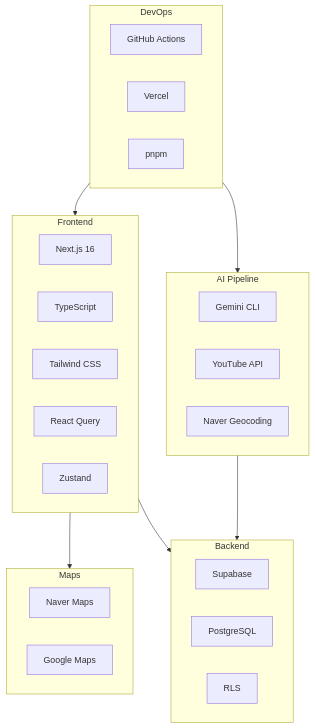
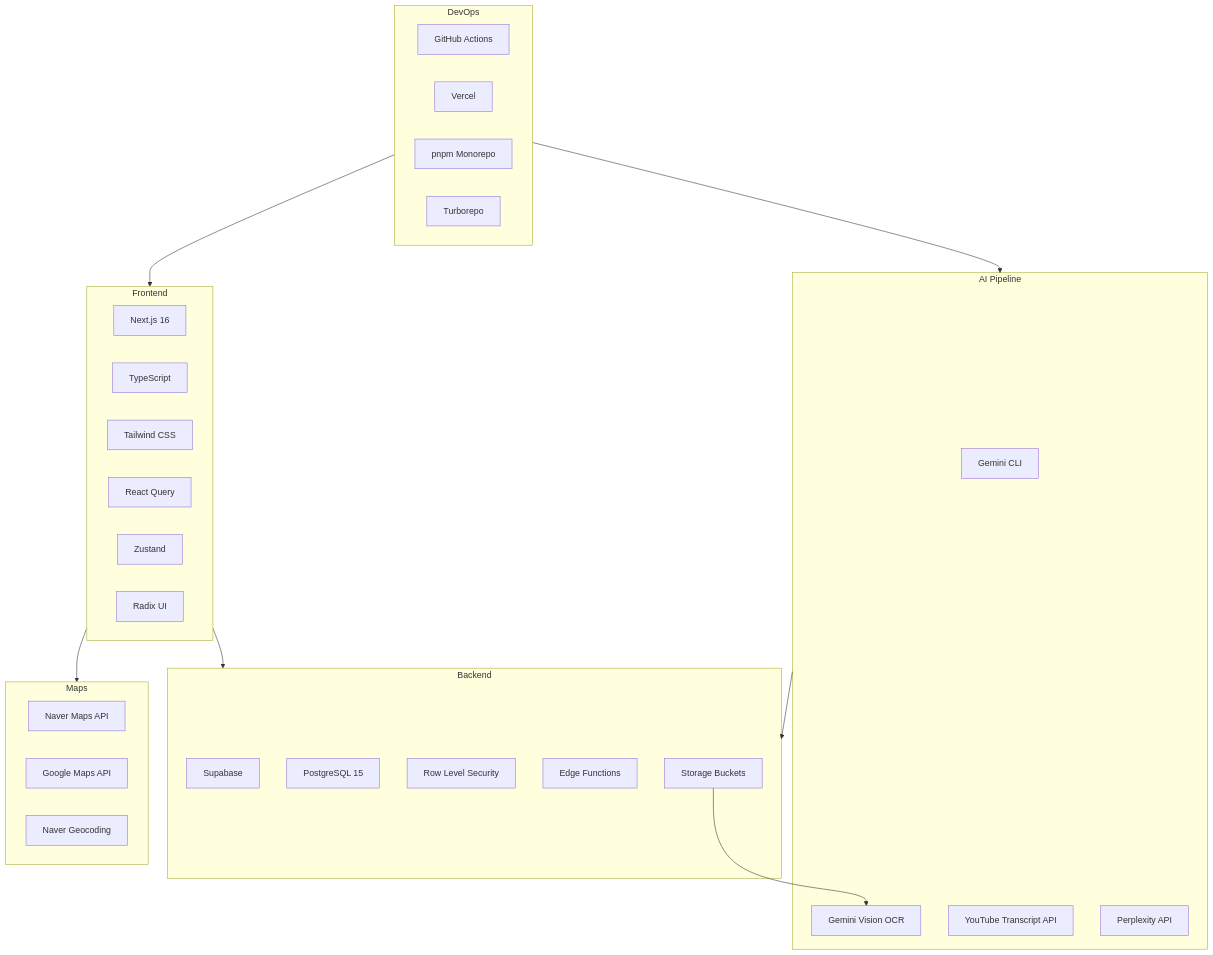
Before and after one commit to twoimo/tzudong: the diagram in .davia/assets/mermaids/tech-stack.mmd, drawn with Mermaid. The commit also changed 13 other files, not shown here.

```diff
--- a/.davia/assets/mermaids/tech-stack.mmd
+++ b/.davia/assets/mermaids/tech-stack.mmd
@@ -1,39 +1,46 @@
 %%{init: {'theme': 'default'}}%%
 
 flowchart TB
     subgraph FE["Frontend"]
         F1[Next.js 16]
         F2[TypeScript]
         F3[Tailwind CSS]
         F4[React Query]
         F5[Zustand]
+        F6[Radix UI]
     end
 
     subgraph MAP["Maps"]
-        M1[Naver Maps]
-        M2[Google Maps]
+        M1[Naver Maps API]
+        M2[Google Maps API]
+        M3[Naver Geocoding]
     end
 
     subgraph BE["Backend"]
         B1[Supabase]
-        B2[PostgreSQL]
-        B3[RLS]
+        B2[PostgreSQL 15]
+        B3[Row Level Security]
+        B4[Edge Functions]
+        B5[Storage Buckets]
     end
 
     subgraph AI["AI Pipeline"]
         A1[Gemini CLI]
-        A2[YouTube API]
-        A3[Naver Geocoding]
+        A2[Gemini Vision OCR]
+        A3[YouTube Transcript API]
+        A4[Perplexity API]
     end
 
     subgraph DEV["DevOps"]
         D1[GitHub Actions]
         D2[Vercel]
-        D3[pnpm]
+        D3[pnpm Monorepo]
+        D4[Turborepo]
     end
 
     FE --> MAP
     FE --> BE
     AI --> BE
     DEV --> FE
     DEV --> AI
+    B5 --> A2
```
